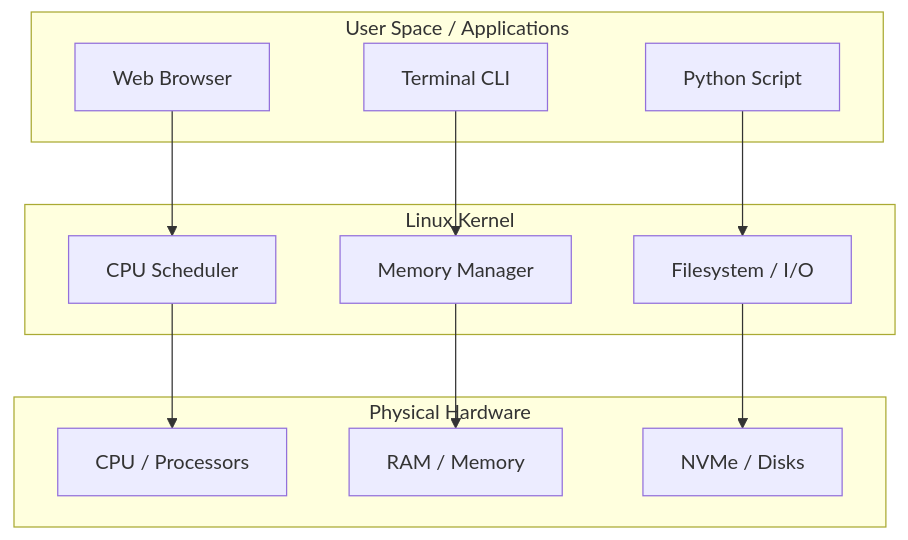
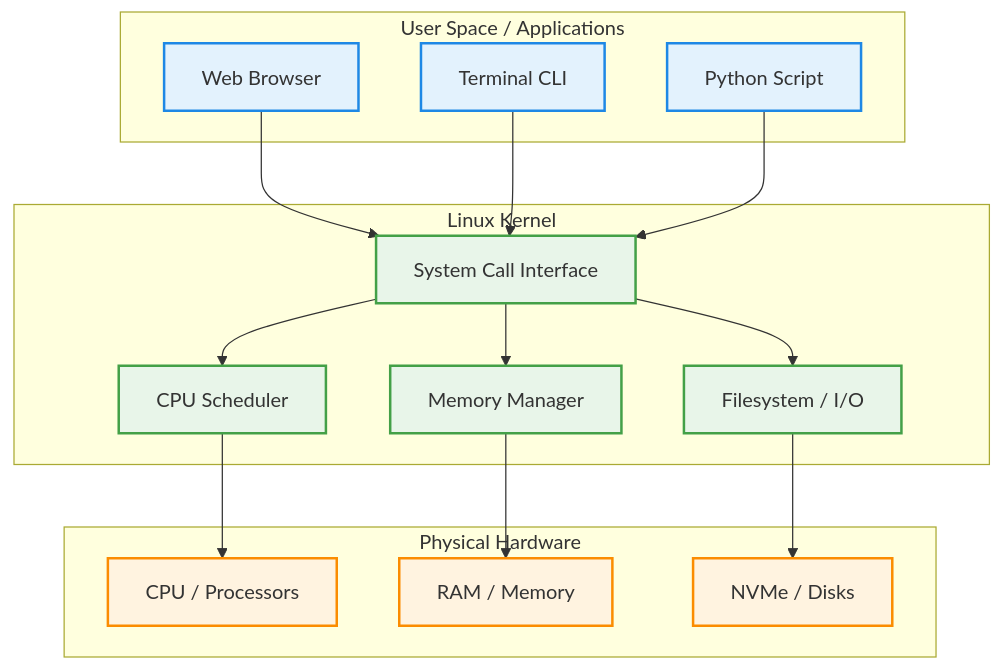
The diagram in courses/platform-engineering/modules/module-01/lesson-01.md (aloysiuspattath/platform-engineering-ai-course), drawn with Mermaid before and after one commit. The commit also changed 114 other files, not shown here.

Commit message:
refactor: massive swarm diagram review enforcing architectural layers and strict color palette

````diff
--- a/courses/platform-engineering/modules/module-01/lesson-01.md
+++ b/courses/platform-engineering/modules/module-01/lesson-01.md
@@ -77,28 +77,37 @@
 ```mermaid
 flowchart TD
+    classDef userSpace fill:#e3f2fd,stroke:#1e88e5,stroke-width:2px;
+    classDef kernelSpace fill:#e8f5e9,stroke:#43a047,stroke-width:2px;
+    classDef hardware fill:#fff3e0,stroke:#fb8c00,stroke-width:2px;
+
     subgraph UserSpace [User Space / Applications]
-        App1[Web Browser]
-        App2[Terminal CLI]
-        App3[Python Script]
+        App1[Web Browser]:::userSpace
+        App2[Terminal CLI]:::userSpace
+        App3[Python Script]:::userSpace
     end
 
     subgraph KernelSpace [Linux Kernel]
-        K_Sched[CPU Scheduler]
-        K_Mem[Memory Manager]
-        K_VFS[Filesystem / I/O]
+        SysCall[System Call Interface]:::kernelSpace
+        K_Sched[CPU Scheduler]:::kernelSpace
+        K_Mem[Memory Manager]:::kernelSpace
+        K_VFS[Filesystem / I/O]:::kernelSpace
+        
+        SysCall --> K_Sched
+        SysCall --> K_Mem
+        SysCall --> K_VFS
     end
 
     subgraph Hardware [Physical Hardware]
-        HW_CPU[CPU / Processors]
-        HW_RAM[RAM / Memory]
-        HW_DISK[NVMe / Disks]
+        HW_CPU[CPU / Processors]:::hardware
+        HW_RAM[RAM / Memory]:::hardware
+        HW_DISK[NVMe / Disks]:::hardware
     end
 
-    App1 --> K_Sched
-    App2 --> K_Mem
-    App3 --> K_VFS
+    App1 --> SysCall
+    App2 --> SysCall
+    App3 --> SysCall
 
     K_Sched --> HW_CPU
     K_Mem --> HW_RAM
     K_VFS --> HW_DISK
 ```
````
